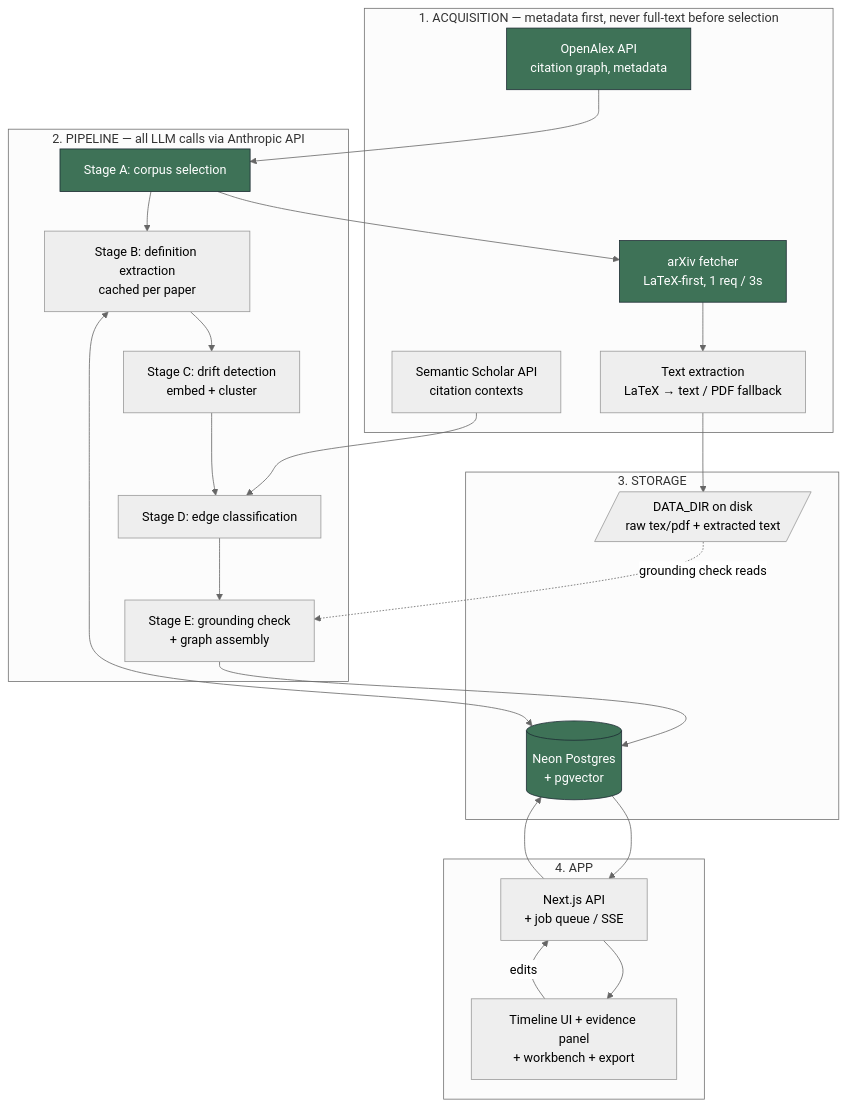
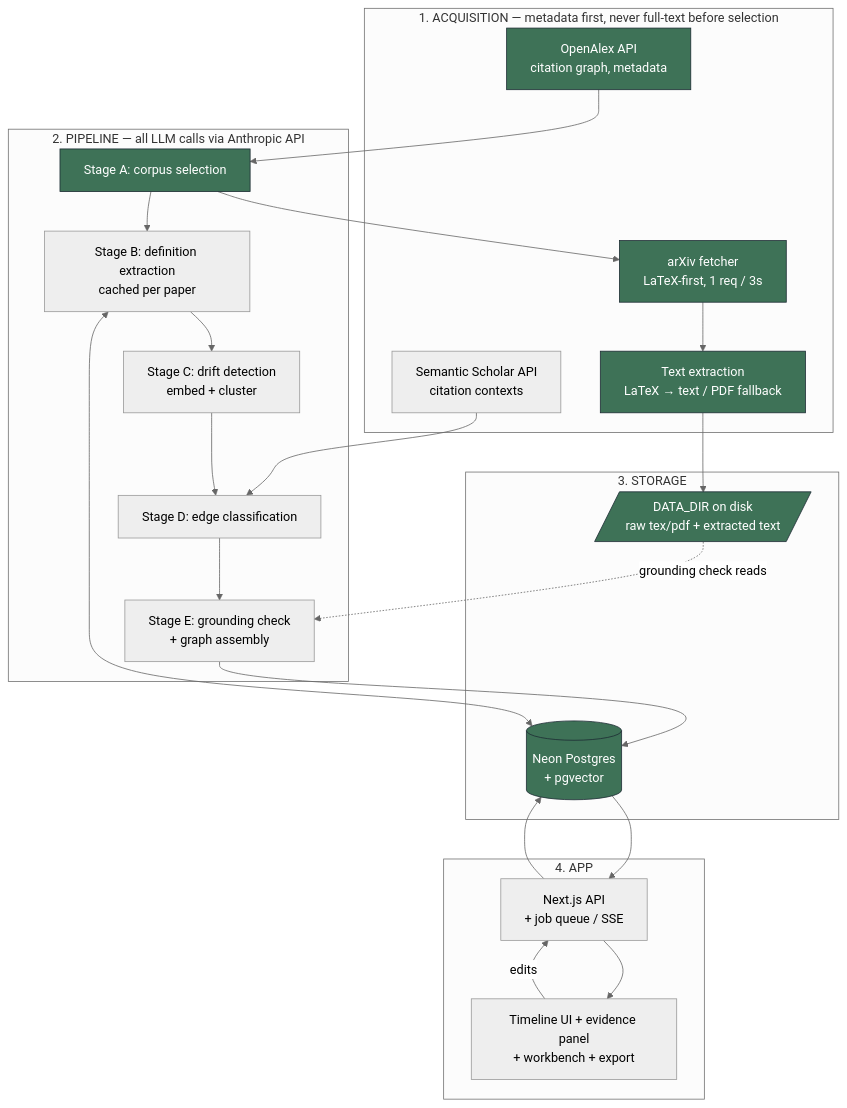
The first of 2 diagrams in docs/ARCHITECTURE.md (rgok001/Lineage), drawn with Mermaid (neutral theme) before and after one commit. The commit also changed other lines of this file and 3 other files, not shown here.

````diff
--- a/docs/ARCHITECTURE.md
+++ b/docs/ARCHITECTURE.md
@@ -33,41 +33,41 @@
 ```mermaid
 flowchart TD
     subgraph ACQ["1. ACQUISITION — metadata first, never full-text before selection"]
         OA[OpenAlex API<br/>citation graph, metadata]
         SS[Semantic Scholar API<br/>citation contexts]
         AX[arXiv fetcher<br/>LaTeX-first, 1 req / 3s]
         EX[Text extraction<br/>LaTeX &rarr; text / PDF fallback]
     end
 
     subgraph PIPE["2. PIPELINE — all LLM calls via Anthropic API"]
         A[Stage A: corpus selection]
         B[Stage B: definition extraction<br/>cached per paper]
         C[Stage C: drift detection<br/>embed + cluster]
         D[Stage D: edge classification]
         E[Stage E: grounding check<br/>+ graph assembly]
     end
 
     subgraph STORE["3. STORAGE"]
         DB[(Neon Postgres<br/>+ pgvector)]
         DISK[/DATA_DIR on disk<br/>raw tex/pdf + extracted text/]
     end
 
     subgraph APP["4. APP"]
         API[Next.js API<br/>+ job queue / SSE]
         UI[Timeline UI + evidence panel<br/>+ workbench + export]
     end
 
     OA --> A
     A --> AX --> EX
     EX --> DISK
     A --> B --> C --> D --> E
     SS --> D
     B <--> DB
     E --> DB
     DISK -. grounding check reads .-> E
     DB --> API --> UI
     UI -- edits --> API --> DB
 
     classDef done fill:#3e7257,stroke:#1c2b33,color:#fff
-    class OA,A,AX,DB done
+    class OA,A,AX,EX,DISK,DB done
 ```
````
